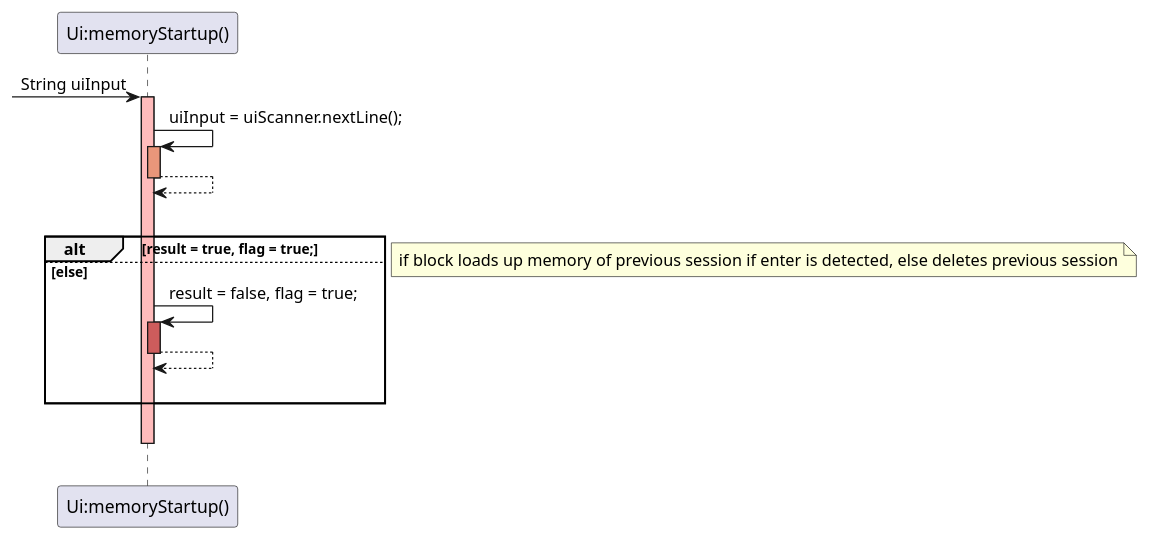
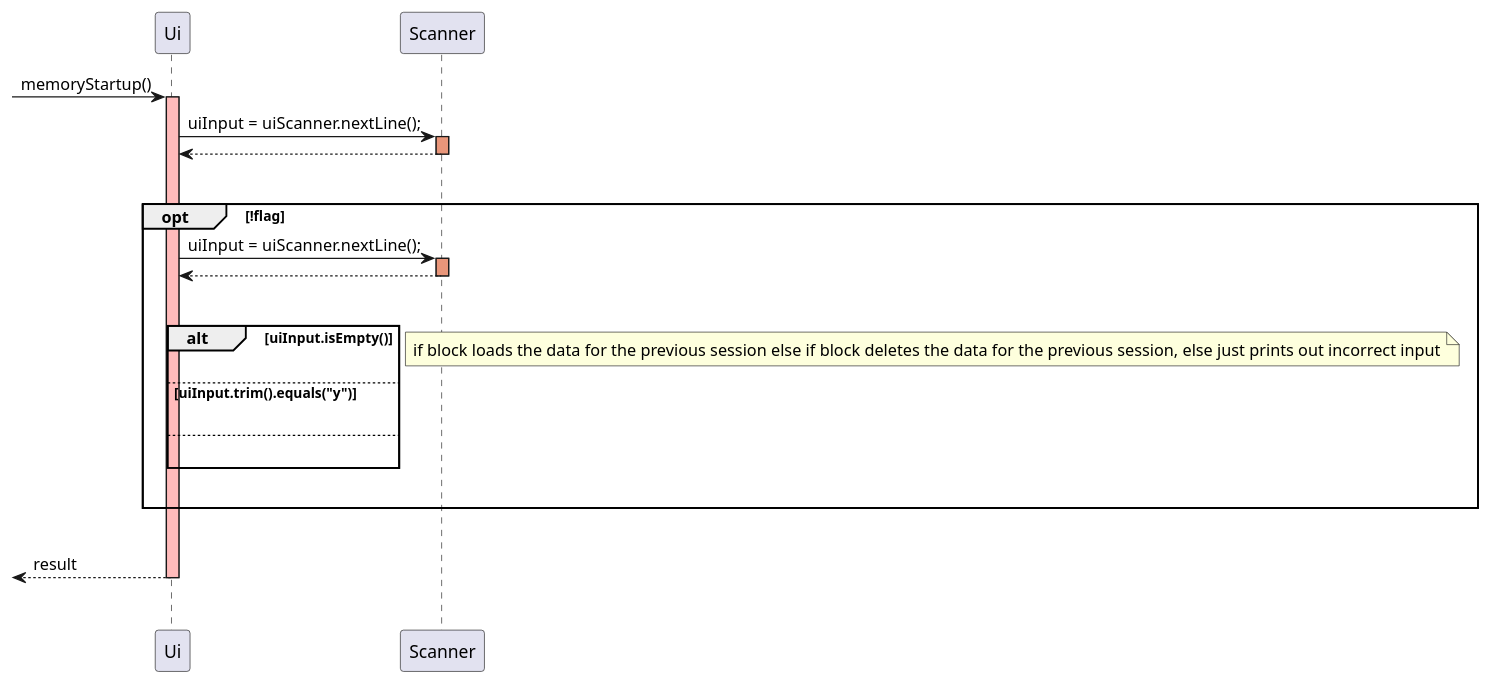
The diagram in diagrams/memorystartup.puml (teoziyiivy/tp), drawn with PlantUML before and after one commit. The commit also changed 2 other files, not shown here.

Commit message:
edit PPP, DG, AND DIAGRAM

```diff
--- a/diagrams/memorystartup.puml
+++ b/diagrams/memorystartup.puml
@@ -1,27 +1,35 @@
 @startuml
 'https://plantuml.com/sequence-diagram
 hide circle
 skinparam classAttributeIconSize 0
 
-participant "Ui:memoryStartup()"
+participant "Ui"
 
-->"Ui:memoryStartup()" :String uiInput
-activate "Ui:memoryStartup()" #FFBBBB
+->"Ui" :memoryStartup()
+activate "Ui" #FFBBBB
 
-"Ui:memoryStartup()" -> "Ui:memoryStartup()" : uiInput = uiScanner.nextLine();
-activate "Ui:memoryStartup()" #DarkSalmon
+"Ui" -> "Scanner" : uiInput = uiScanner.nextLine();
+activate "Scanner" #DarkSalmon
 return
 |||
-alt  result = true, flag = true;
-else else
-"Ui:memoryStartup()"->"Ui:memoryStartup()" : result = false, flag = true;
-activate "Ui:memoryStartup()" #IndianRed
+opt !flag
+"Ui" -> "Scanner" : uiInput = uiScanner.nextLine();
+activate "Scanner" #DarkSalmon
 return
 |||
+alt  uiInput.isEmpty()
+|||
+else uiInput.trim().equals("y")
+|||
+else
+|||
 end
-note left: if block loads up memory of previous session if enter is detected, else deletes previous session
 |||
-deactivate "Ui:memoryStartup()"
+note left: if block loads the data for the previous session else if block deletes the data for the previous session, else just prints out incorrect input
+end
+|||
+return result
+deactivate "Ui"
 |||
 
 @enduml
```
